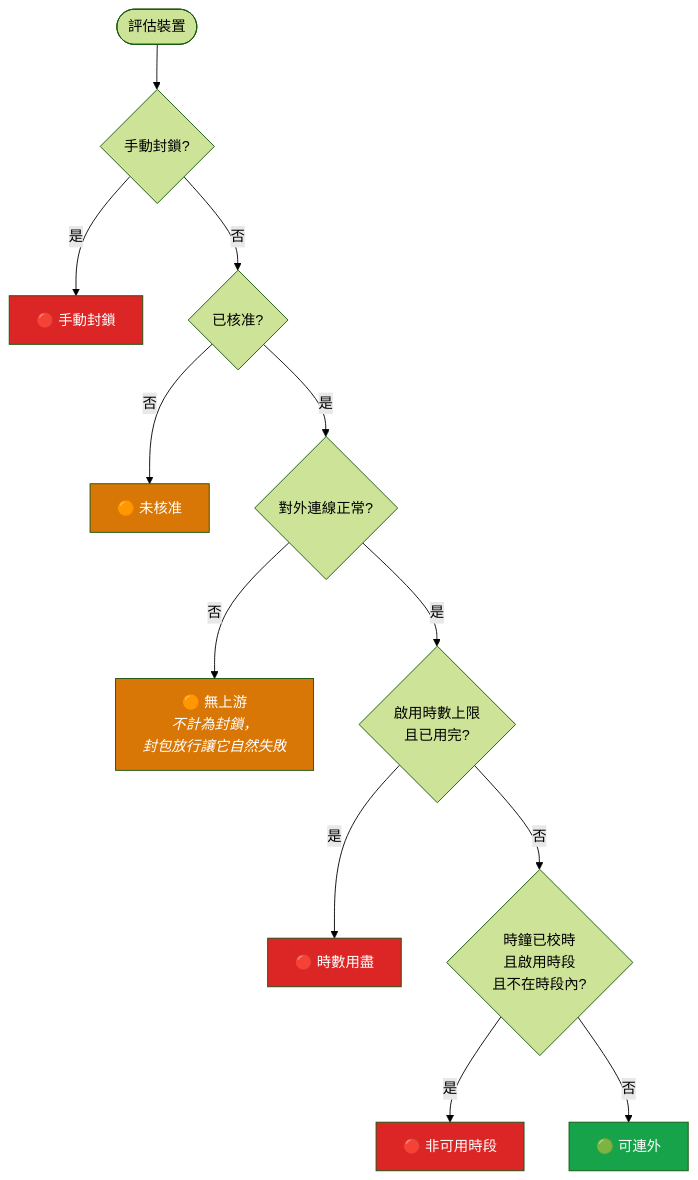
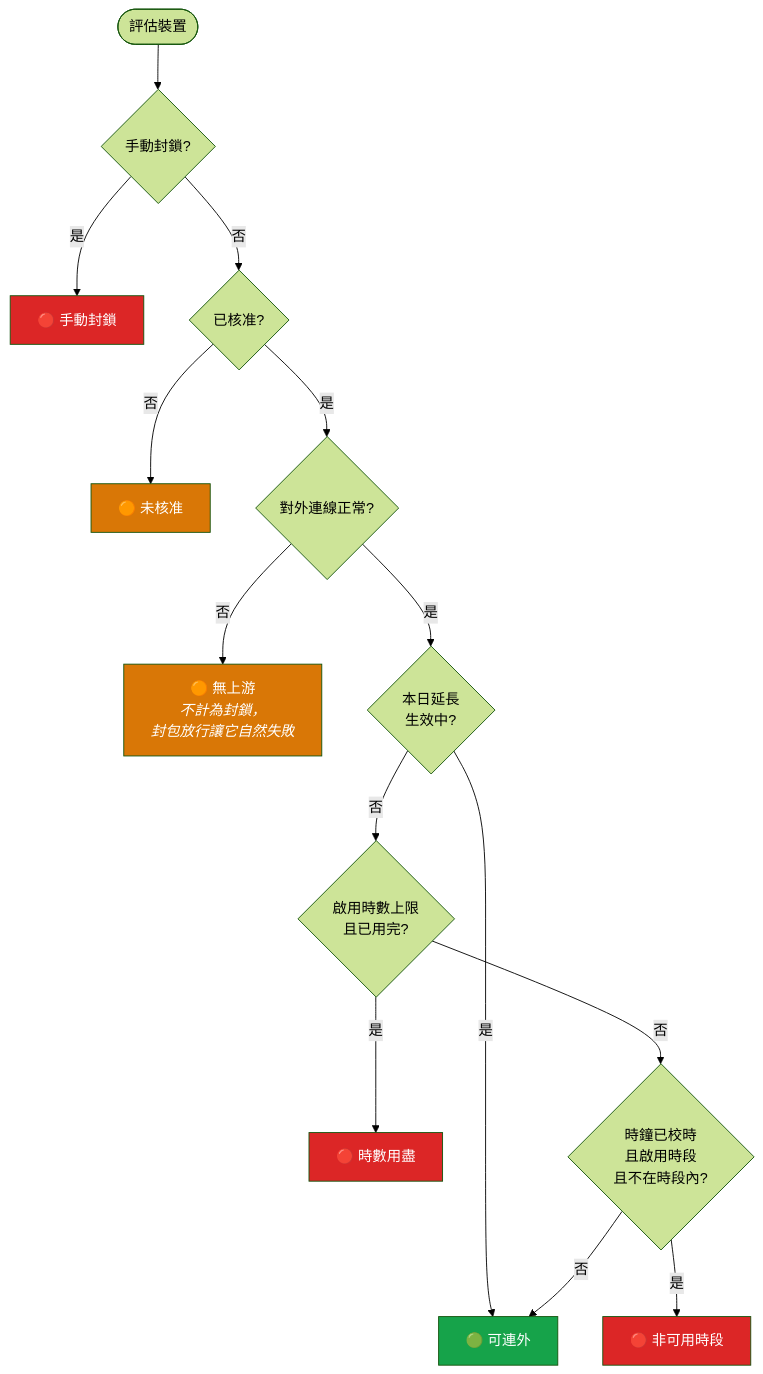
The third of 5 diagrams in README.md (binomial0418/net-flow-ctrl), drawn with Mermaid (forest theme) before and after one commit. The commit also changed other lines of this file and 7 other files, not shown here.

Commit message:
feat: add device access time extension functionality and configurable active flow threshold

````diff
--- a/README.md
+++ b/README.md
@@ -100,21 +104,23 @@
 ```mermaid
 flowchart TD
     S([評估裝置]) --> M{"手動封鎖?"}
     M -->|是| R1["🔴 手動封鎖"]
     M -->|否| A{"已核准?"}
     A -->|否| R2["🟠 未核准"]
     A -->|是| U{"對外連線正常?"}
     U -->|否| R3["🟠 無上游<br/><i>不計為封鎖，<br/>封包放行讓它自然失敗</i>"]
-    U -->|是| Q{"啟用時數上限<br/>且已用完?"}
+    U -->|是| E{"本日延長<br/>生效中?"}
+    E -->|是| R6["🟢 可連外"]
+    E -->|否| Q{"啟用時數上限<br/>且已用完?"}
     Q -->|是| R4["🔴 時數用盡"]
     Q -->|否| T{"時鐘已校時<br/>且啟用時段<br/>且不在時段內?"}
     T -->|是| R5["🔴 非可用時段"]
-    T -->|否| R6["🟢 可連外"]
+    T -->|否| R6
 
     style R1 fill:#dc2626,color:#fff
     style R4 fill:#dc2626,color:#fff
     style R5 fill:#dc2626,color:#fff
     style R2 fill:#d97706,color:#fff
     style R3 fill:#d97706,color:#fff
     style R6 fill:#16a34a,color:#fff
 ```
````
